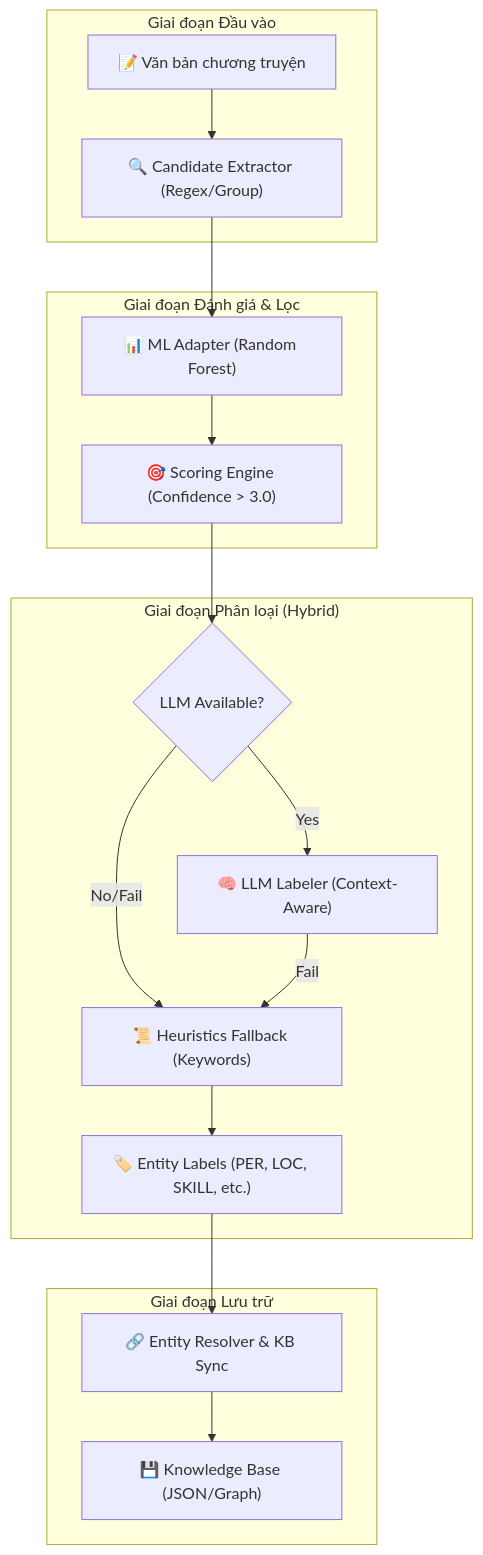
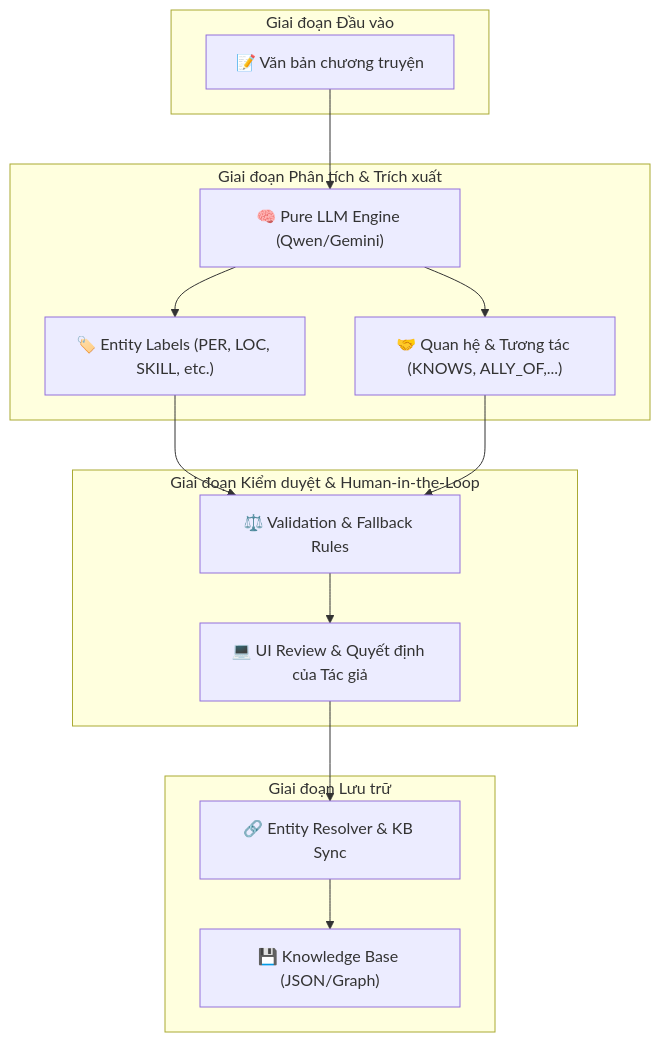
One commit to Ephurin/Novel_sharing_platform changed the diagram in ai-service/README.md. Above: the diagram before and after it, drawn with Mermaid. The commit also changed other lines of this file and 545 other files, not shown here.

````diff
--- a/ai-service/README.md
+++ b/ai-service/README.md
@@ -21,24 +21,23 @@
 ```mermaid
 flowchart TD
     subgraph Input["Giai đoạn Đầu vào"]
-        A["📝 Văn bản chương truyện"] --> B["🔍 Candidate Extractor (Regex/Group)"]
+        A["📝 Văn bản chương truyện"]
     end
 
-    subgraph Scoring["Giai đoạn Đánh giá & Lọc"]
-        B --> C["📊 ML Adapter (Random Forest)"]
-        C --> D["🎯 Scoring Engine (Confidence > 3.0)"]
+    subgraph LLMExtraction["Giai đoạn Phân tích & Trích xuất"]
+        A --> B["🧠 Pure LLM Engine (Qwen/Gemini)"]
+        B --> C["🏷️ Entity Labels (PER, LOC, SKILL, etc.)"]
+        B --> D["🤝 Quan hệ & Tương tác (KNOWS, ALLY_OF,...)"]
     end
 
-    subgraph Labeling["Giai đoạn Phân loại (Hybrid)"]
-        D --> E{LLM Available?}
-        E -- Yes --> F["🧠 LLM Labeler (Context-Aware)"]
-        E -- No/Fail --> G["📜 Heuristics Fallback (Keywords)"]
-        F -- Fail --> G
-        G --> H["🏷️ Entity Labels (PER, LOC, SKILL, etc.)"]
+    subgraph Validation["Giai đoạn Kiểm duyệt & Human-in-the-Loop"]
+        C --> E["⚖️ Validation & Fallback Rules"]
+        D --> E
+        E --> F["💻 UI Review & Quyết định của Tác giả"]
     end
 
     subgraph Persistence["Giai đoạn Lưu trữ"]
-        H --> I["🔗 Entity Resolver & KB Sync"]
+        F --> I["🔗 Entity Resolver & KB Sync"]
         I --> J["💾 Knowledge Base (JSON/Graph)"]
     end
 ```
````
